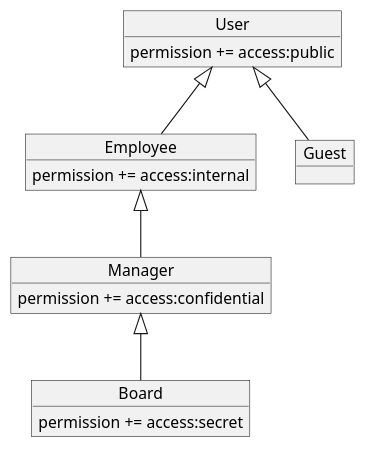
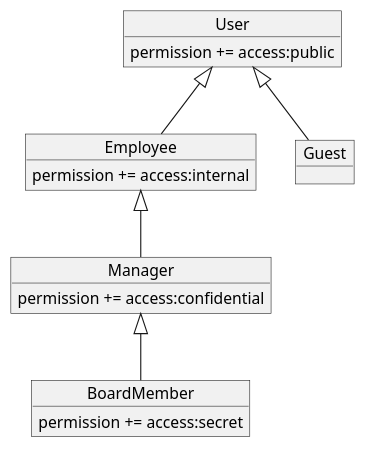
Before and after one commit to jugsaar/jugsaar-58-opa-for-java: the diagram in opa-demos/opa-demo-playground-complex/readme.md, drawn with PlantUML. The commit also changed 9 other files, not shown here.

````diff
--- a/opa-demos/opa-demo-playground-complex/readme.md
+++ b/opa-demos/opa-demo-playground-complex/readme.md
@@ -13,22 +13,22 @@
 ```plantuml
 @startuml
-object Board {
+object BoardMember {
  permission += access:secret
 }
 object Manager {
  permission += access:confidential
 }
 object Employee {
  permission += access:internal
 }
 object Guest 
 object User {
  permission += access:public
 }
 
-Manager <|-- Board
+Manager <|-- BoardMember
 Employee <|-- Manager
 User <|-- Employee
 User <|-- Guest
 @enduml
 ```
````
